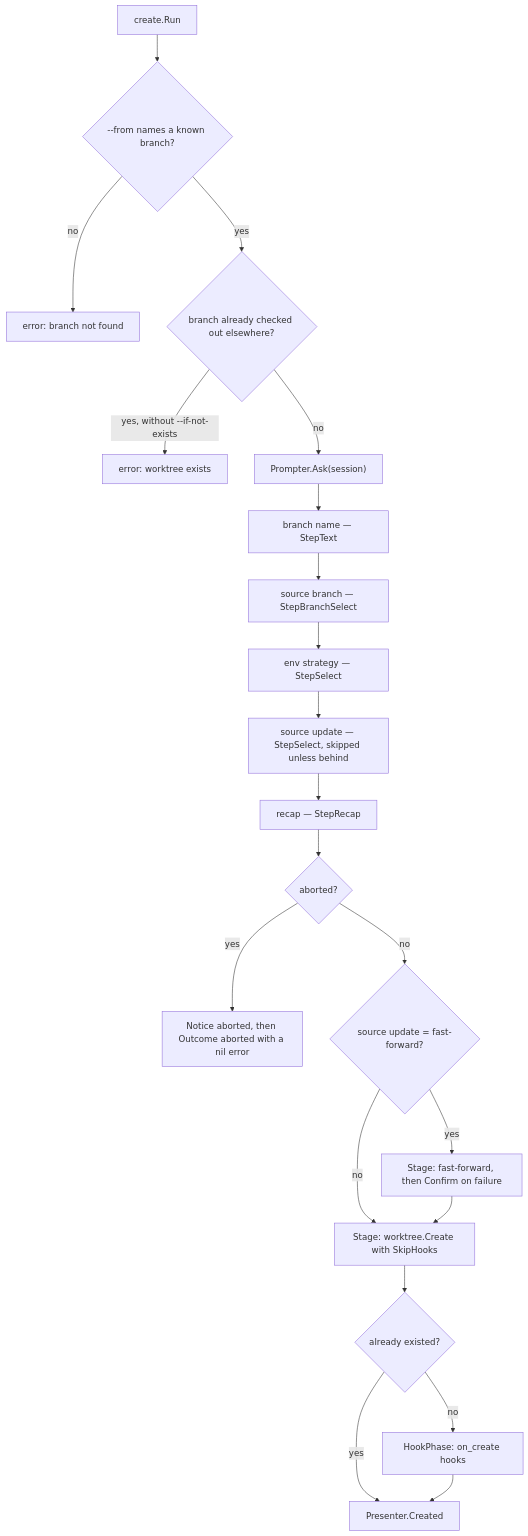
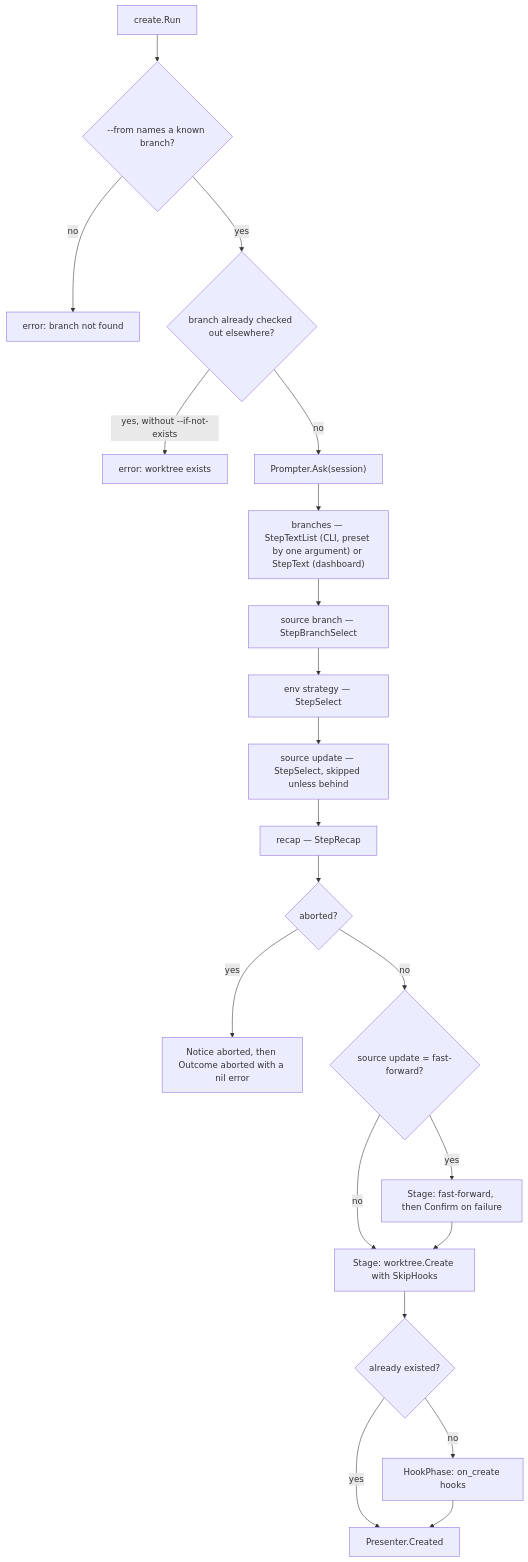
The first of 8 diagrams in docs/dev/flow-layer.md (LucasPcq/wtm), drawn with Mermaid before and after one commit. The commit also changed other lines of this file and 8 other files, not shown here.

````diff
--- a/docs/dev/flow-layer.md
+++ b/docs/dev/flow-layer.md
@@ -314,23 +315,23 @@
 ```mermaid
 flowchart TD
   A["create.Run"] --> B{"--from names a known branch?"}
   B -- no --> ERR1["error: branch not found"]
   B -- yes --> C{"branch already checked out elsewhere?"}
   C -- "yes, without --if-not-exists" --> ERR2["error: worktree exists"]
   C -- no --> D["Prompter.Ask(session)"]
-  D --> D1["branch name — StepText"]
+  D --> D1["branches — StepTextList (CLI, preset by one argument) or StepText (dashboard)"]
   D1 --> D2["source branch — StepBranchSelect"]
   D2 --> D3["env strategy — StepSelect"]
   D3 --> D4["source update — StepSelect, skipped unless behind"]
   D4 --> D5["recap — StepRecap"]
   D5 --> E{"aborted?"}
   E -- yes --> F["Notice aborted, then Outcome aborted with a nil error"]
   E -- no --> G{"source update = fast-forward?"}
   G -- yes --> H["Stage: fast-forward, then Confirm on failure"]
   G -- no --> I["Stage: worktree.Create with SkipHooks"]
   H --> I
   I --> J{"already existed?"}
   J -- no --> K["HookPhase: on_create hooks"]
   J -- yes --> L["Presenter.Created"]
   K --> L
 ```
````
